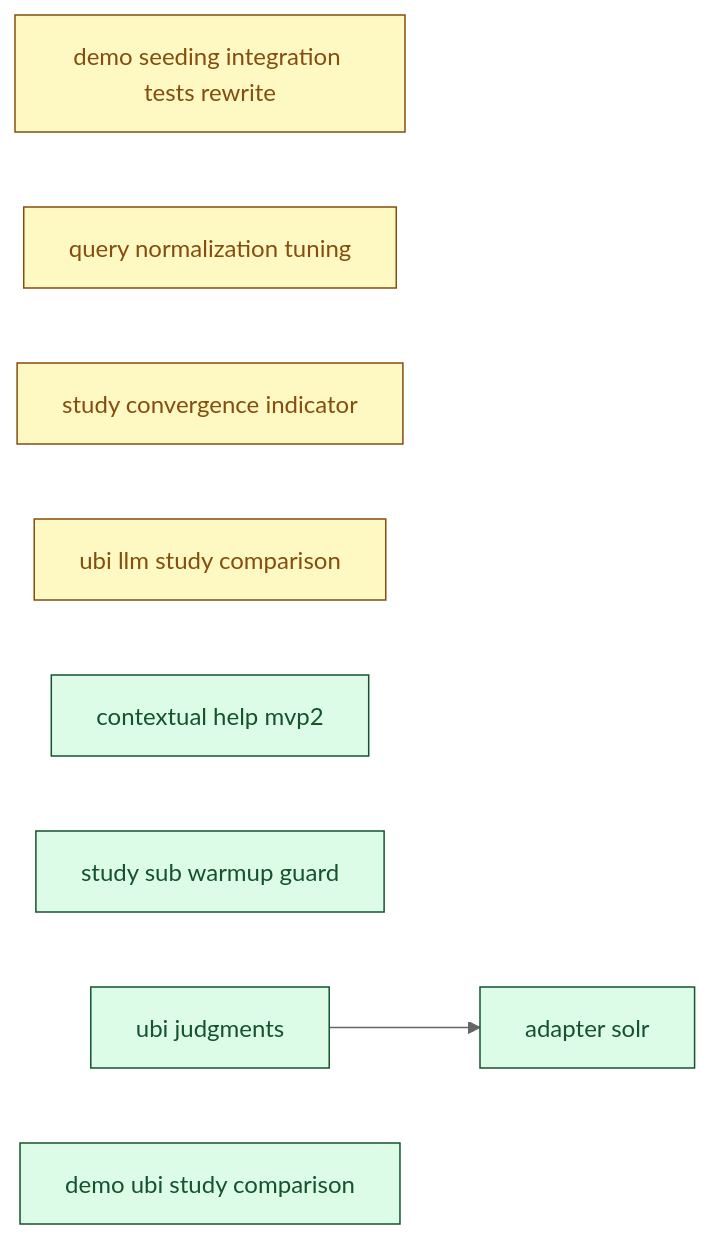
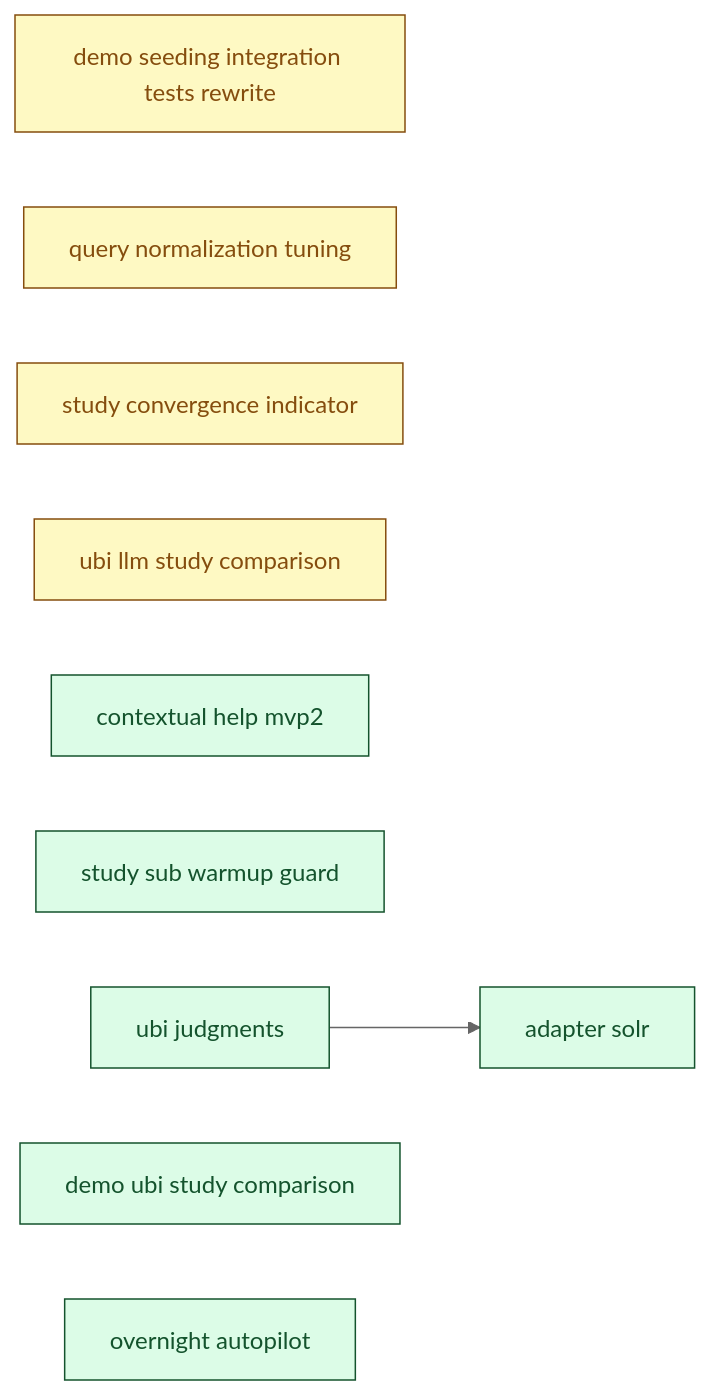
The diagram in docs/00_overview/MVP2_DASHBOARD.md (SoundMindsAI/relyloop), drawn with Mermaid (neutral theme) before and after one commit. The commit also changed other lines of this file and 8 other files, not shown here.

First line of the commit message:
fix(docs): restore feat_ prefix on finalized overnight_autopilot folder (#346)

````diff
--- a/docs/00_overview/MVP2_DASHBOARD.md
+++ b/docs/00_overview/MVP2_DASHBOARD.md
@@ -87,27 +88,29 @@
 ```mermaid
 graph LR
   classDef done fill:#dcfce7,stroke:#14532d,color:#14532d;
   classDef implement fill:#ffedd5,stroke:#9a3412,color:#9a3412;
   classDef plan fill:#fef9c3,stroke:#854d0e,color:#854d0e;
   classDef spec fill:#dbeafe,stroke:#1e40af,color:#1e40af;
   classDef idea fill:#f1f5f9,stroke:#334155,color:#334155;
   chore_demo_seeding_integration_tests_rewrite["demo seeding integration tests rewrite"]
   class chore_demo_seeding_integration_tests_rewrite plan;
   feat_query_normalization_tuning["query normalization tuning"]
   class feat_query_normalization_tuning plan;
   feat_study_convergence_indicator["study convergence indicator"]
   class feat_study_convergence_indicator plan;
   feat_ubi_llm_study_comparison["ubi llm study comparison"]
   class feat_ubi_llm_study_comparison plan;
   feat_contextual_help_mvp2["contextual help mvp2"]
   class feat_contextual_help_mvp2 done;
   feat_study_sub_warmup_guard["study sub warmup guard"]
   class feat_study_sub_warmup_guard done;
   feat_ubi_judgments["ubi judgments"]
   class feat_ubi_judgments done;
   feat_demo_ubi_study_comparison["demo ubi study comparison"]
   class feat_demo_ubi_study_comparison done;
+  feat_overnight_autopilot["overnight autopilot"]
+  class feat_overnight_autopilot done;
   infra_adapter_solr["adapter solr"]
   class infra_adapter_solr done;
   feat_ubi_judgments --> infra_adapter_solr
 ```
````
